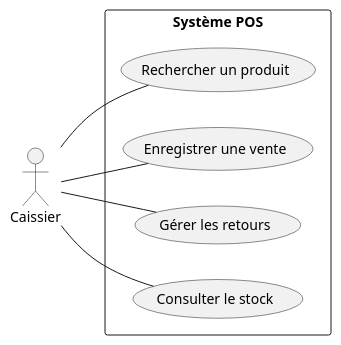
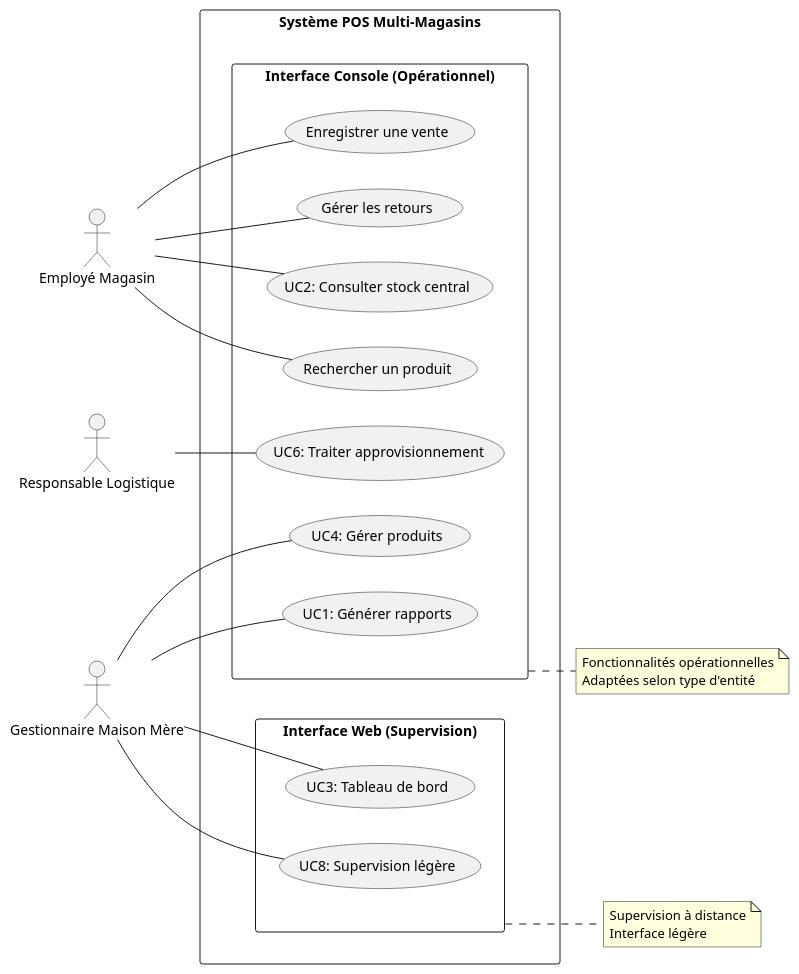
One commit to MelvinSDRS/log430-lab7-bis changed the diagram in docs/uml/cas_utilisation.puml. Above: the diagram before and after it, drawn with PlantUML. The commit also changed 47 other files, not shown here.

```diff
--- a/docs/uml/cas_utilisation.puml
+++ b/docs/uml/cas_utilisation.puml
@@ -1,10 +1,54 @@
 @startuml
 left to right direction
-actor Caissier
-rectangle "Système POS" {
-  Caissier -- (Rechercher un produit)
-  Caissier -- (Enregistrer une vente)
-  Caissier -- (Gérer les retours)
-  Caissier -- (Consulter le stock)
+
+actor "Employé Magasin" as EM
+actor "Responsable Logistique" as RL
+actor "Gestionnaire Maison Mère" as GM
+
+rectangle "Système POS Multi-Magasins" {
+  
+  rectangle "Interface Console (Opérationnel)" as CONSOLE {
+    ' UC hérités du Lab 1
+    (Rechercher un produit) as UC_RECHERCHE
+    (Enregistrer une vente) as UC_VENTE
+    (Gérer les retours) as UC_RETOUR
+    
+    ' UC Lab 2 - Console
+    (UC1: Générer rapports) as UC1
+    (UC2: Consulter stock central) as UC2
+    (UC4: Gérer produits) as UC4
+    (UC6: Traiter approvisionnement) as UC6
+  }
+  
+  rectangle "Interface Web (Supervision)" as WEB {
+    (UC3: Tableau de bord) as UC3
+    (UC8: Supervision légère) as UC8
+  }
+  
+  ' Relations Console
+  EM -- UC_RECHERCHE
+  EM -- UC_VENTE
+  EM -- UC_RETOUR
+  EM -- UC2
+  
+  RL -- UC6
+  
+  GM -- UC1
+  GM -- UC4
+  
+  ' Relations Web
+  GM -- UC3
+  GM -- UC8
 }
+
+note right of CONSOLE
+  Fonctionnalités opérationnelles
+  Adaptées selon type d'entité
+end note
+
+note right of WEB
+  Supervision à distance
+  Interface légère
+end note
+
 @enduml
```
